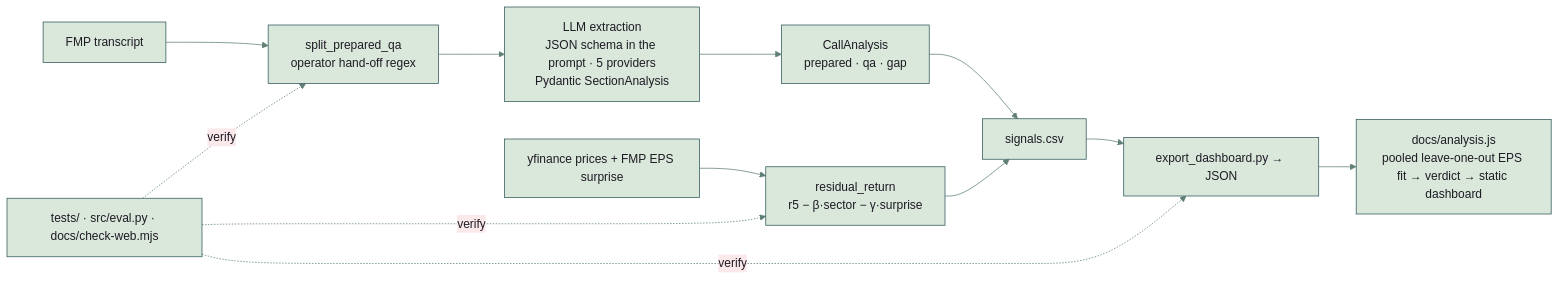
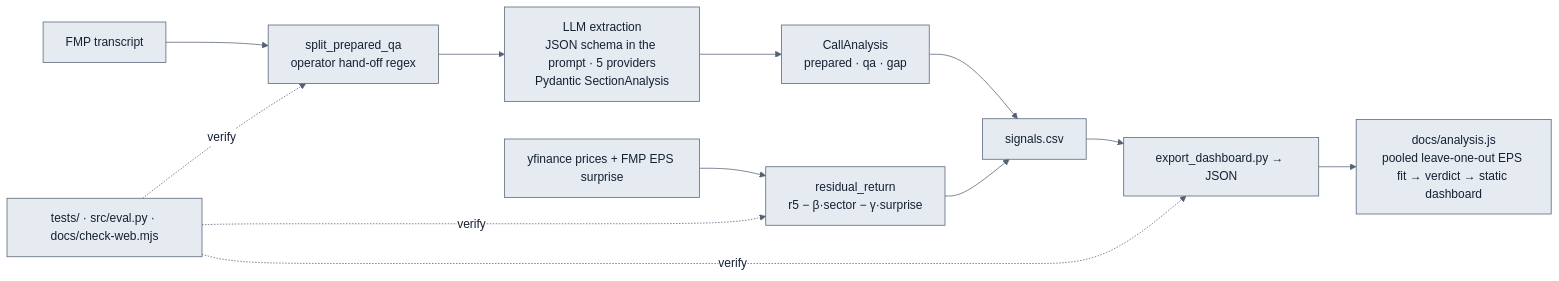
One commit to NickkkLian/Earnings-Call-Sentiment-Analyser changed the diagram in README.md. Above: the diagram before and after it, drawn with Mermaid. The commit also changed other lines of this file and 27 other files, not shown here.

````diff
--- a/README.md
+++ b/README.md
@@ -73,15 +73,15 @@
 ```mermaid
-%%{init: {"theme": "base", "themeVariables": {"darkMode": false, "fontFamily": "Inter, BlinkMacSystemFont, Segoe UI, Helvetica Neue, Helvetica, Arial", "primaryColor": "#dae7db", "mainBkg": "#dae7db", "primaryTextColor": "#1d1b24", "nodeTextColor": "#1d1b24", "textColor": "#1d1b24", "primaryBorderColor": "#2f5859", "nodeBorder": "#2f5859", "secondaryColor": "#fae8eb", "tertiaryColor": "#f7e9e8", "lineColor": "#5f7f76", "arrowheadColor": "#5f7f76", "defaultLinkColor": "#5f7f76", "edgeLabelBackground": "#fae8eb", "clusterBkg": "#f7e9e8", "clusterBorder": "#a8707a", "titleColor": "#7d2d44"}}}%%
+%%{init: {"theme": "base", "themeVariables": {"darkMode": false, "fontFamily": "Inter, BlinkMacSystemFont, Segoe UI, Helvetica Neue, Helvetica, Arial", "primaryColor": "#e6ebf2", "mainBkg": "#e6ebf2", "primaryTextColor": "#152032", "nodeTextColor": "#152032", "textColor": "#152032", "primaryBorderColor": "#546174", "nodeBorder": "#546174", "secondaryColor": "#ffffff", "tertiaryColor": "#f0f3f8", "lineColor": "#546174", "arrowheadColor": "#546174", "defaultLinkColor": "#546174", "edgeLabelBackground": "#ffffff", "clusterBkg": "#f0f3f8", "clusterBorder": "#cbd3df", "titleColor": "#963e58"}}}%%
 flowchart LR
   A["FMP transcript"] --> B["split_prepared_qa<br/>operator hand-off regex"]
   B --> C["LLM extraction<br/>JSON schema in the prompt · 5 providers<br/>Pydantic SectionAnalysis"]
   C --> D["CallAnalysis<br/>prepared · qa · gap"]
   E["yfinance prices + FMP EPS surprise"] --> F["residual_return<br/>r5 − β·sector − γ·surprise"]
   D --> G["signals.csv"]
   F --> G
   G --> H["export_dashboard.py → JSON"]
   H --> I["docs/analysis.js<br/>pooled leave-one-out EPS fit → verdict → static dashboard"]
   J["tests/ · src/eval.py · docs/check-web.mjs"] -. verify .-> B
   J -. verify .-> F
   J -. verify .-> H
 ```
````
